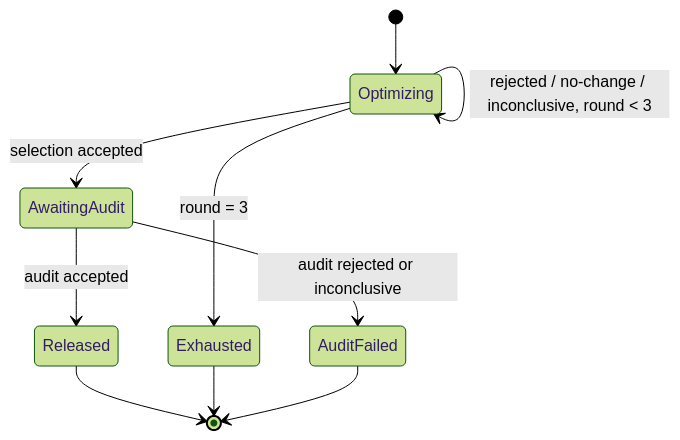
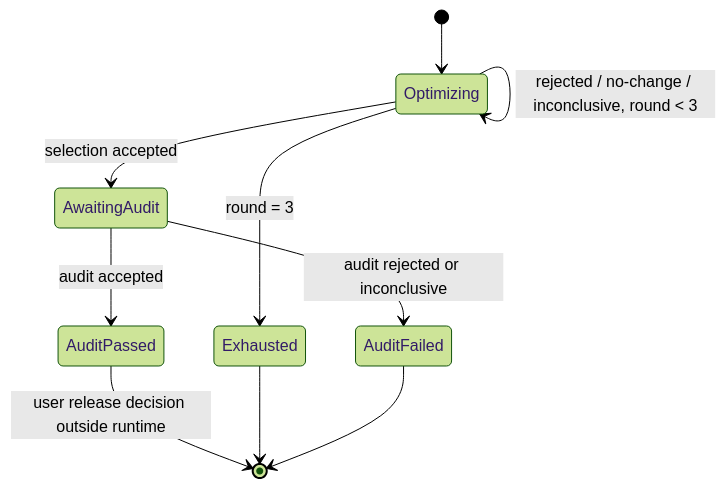
The third of 3 diagrams in docs/QUALITY_ARCHITECTURE.md (Nirvana-Jie/skill-reviewer), drawn with Mermaid (forest theme) before and after one commit. The commit also changed other lines of this file and 33 other files, not shown here.

````diff
--- a/docs/QUALITY_ARCHITECTURE.md
+++ b/docs/QUALITY_ARCHITECTURE.md
@@ -194,12 +210,12 @@
 ```mermaid
 stateDiagram-v2
     [*] --> Optimizing
     Optimizing --> Optimizing: rejected / no-change / inconclusive, round < 3
     Optimizing --> Exhausted: round = 3
     Optimizing --> AwaitingAudit: selection accepted
-    AwaitingAudit --> Released: audit accepted
+    AwaitingAudit --> AuditPassed: audit accepted
     AwaitingAudit --> AuditFailed: audit rejected or inconclusive
-    Released --> [*]
+    AuditPassed --> [*]: user release decision outside runtime
     Exhausted --> [*]
     AuditFailed --> [*]
 ```
````
